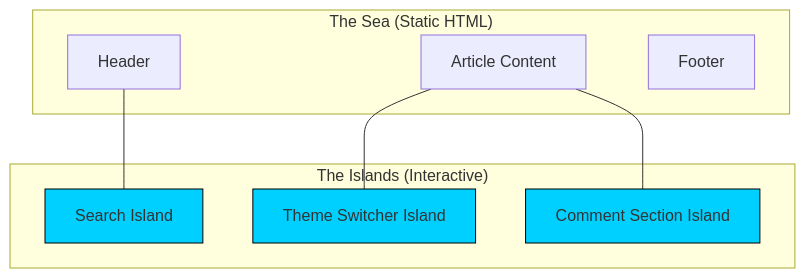
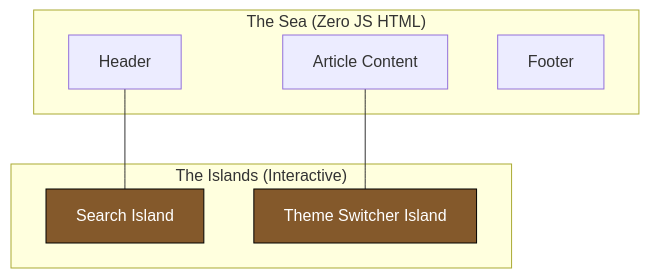
Before and after one commit to prakharp18/fdsheet: the diagram in docs/frontend/islands-architecture.md, drawn with Mermaid. The commit also changed other lines of this file and 18 other files, not shown here.

````diff
--- a/docs/frontend/islands-architecture.md
+++ b/docs/frontend/islands-architecture.md
@@ -16,22 +23,19 @@
 ```mermaid
 graph TD
-    subgraph "The Sea (Static HTML)"
+    subgraph "The Sea (Zero JS HTML)"
         H[Header]
         P[Article Content]
         F[Footer]
     end
 
     subgraph "The Islands (Interactive)"
         S[Search Island]
         T[Theme Switcher Island]
-        C[Comment Section Island]
     end
 
     H --- S
     P --- T
-    P --- C
     
-    style S fill:#00d0ff,stroke:#000
-    style T fill:#00d0ff,stroke:#000
-    style C fill:#00d0ff,stroke:#000
+    style S fill:#84592B,stroke:#000,color:#fff
+    style T fill:#84592B,stroke:#000,color:#fff
 ```
````
